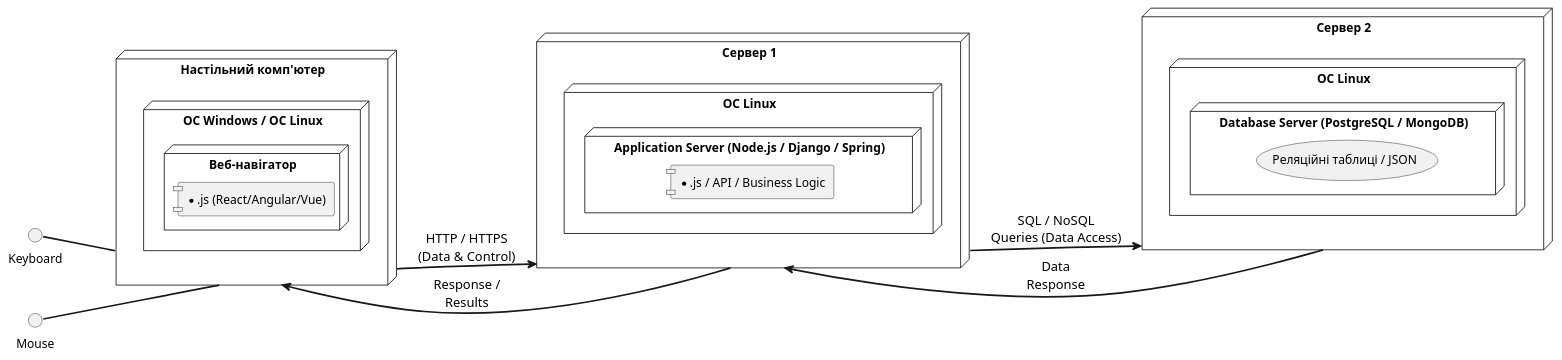
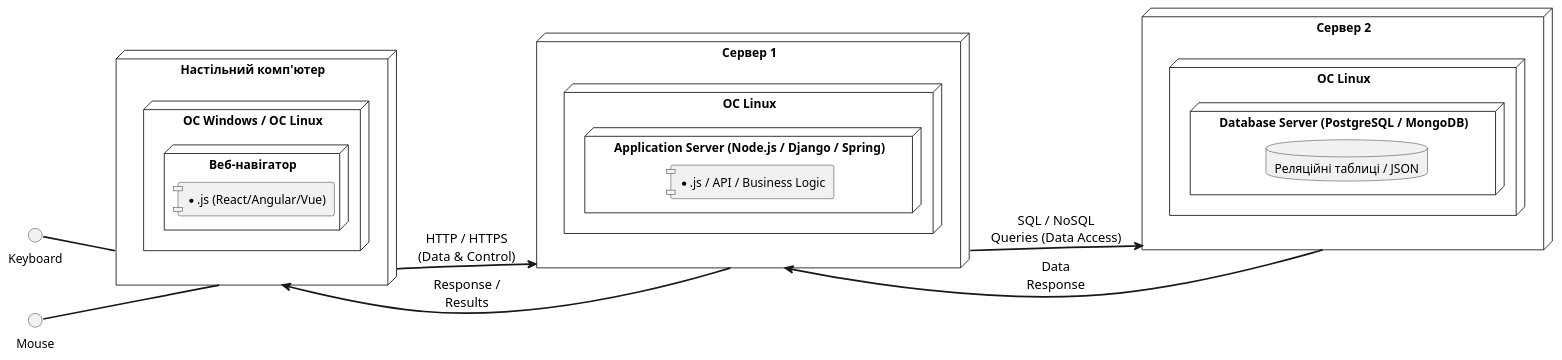
The diagram in UML-Deployment.puml (Liudmyla11/lab2), drawn with PlantUML before and after one commit.

```diff
--- a/UML-Deployment.puml
+++ b/UML-Deployment.puml
@@ -1,43 +1,43 @@
 @startuml
 left to right direction
 skinparam ArrowFontSize 15
 skinparam ArrowFontColor Black
 skinparam ArrowThickness 2
 skinparam componentStyle uml1
 
 node "Настільний комп'ютер" as Desktop {
   node "OC Windows / OC Linux" as OS_Desktop {
     node "Веб-навігатор" as Browser {
       component [*.js (React/Angular/Vue)]
     }
   }
 }
 
 interface Keyboard 
 
 interface Mouse 
 
   Keyboard -- Desktop
   Mouse -- Desktop
 
 node "Сервер 1" as Server1 {
   node "OC Linux" as OS_Server1 {
     node "Application Server (Node.js / Django / Spring)" as AppServer {
        component [*.js / API / Business Logic]
     }
   }
 }
 
 node "Сервер 2" as Server2 {
   node "OC Linux" as OS_Server2 {
     node "Database Server (PostgreSQL / MongoDB)" as DBServer {
-       database (Реляційні таблиці / JSON)
+       database "Реляційні таблиці / JSON"
     }
   }
 }
 
 Desktop --> Server1 : HTTP / HTTPS\n(Data & Control)
 Server1 --> Server2 : SQL / NoSQL\nQueries (Data Access)
 Server2 --> Server1 : Data\nResponse
 Server1 --> Desktop : Response /\nResults
 @enduml
```
